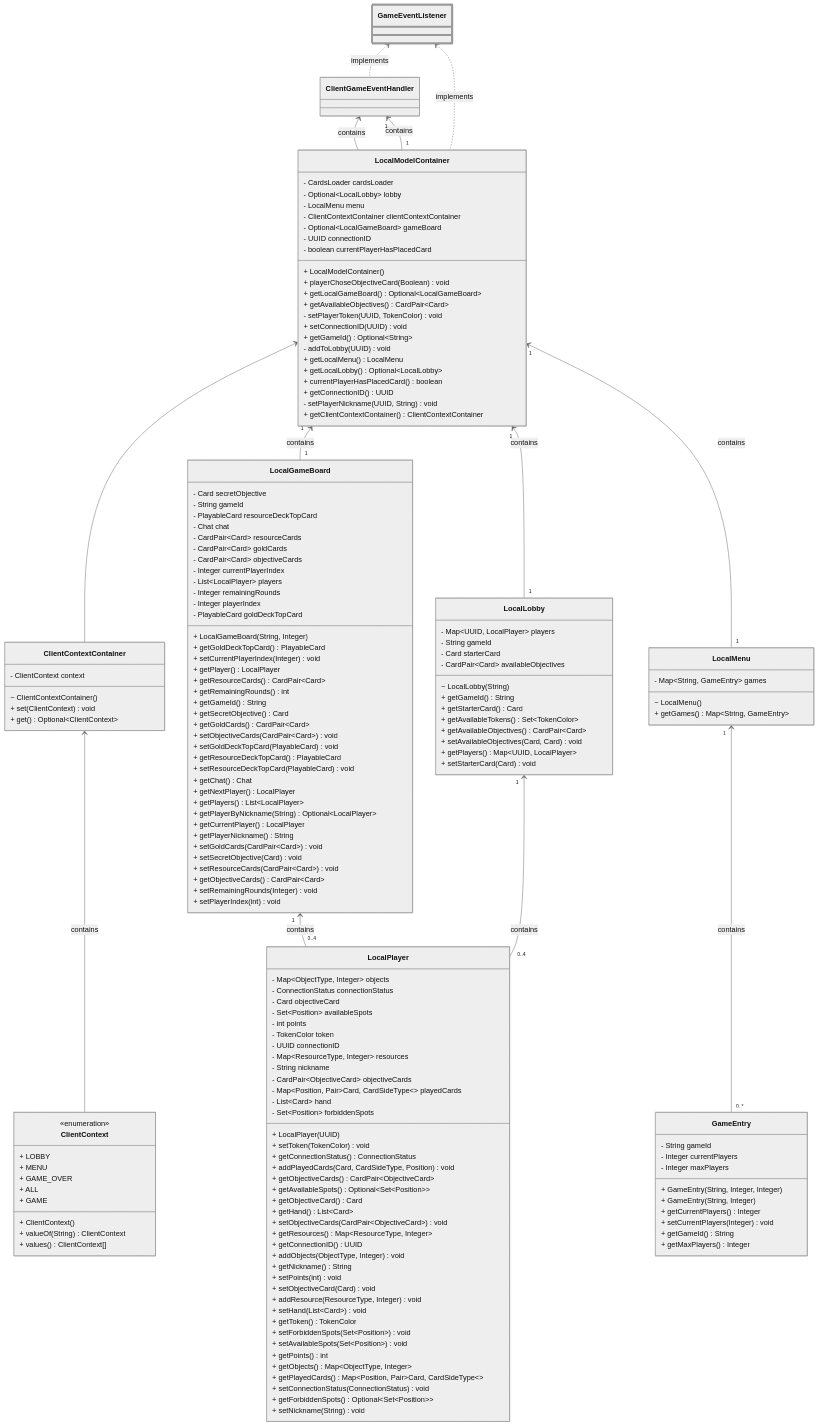
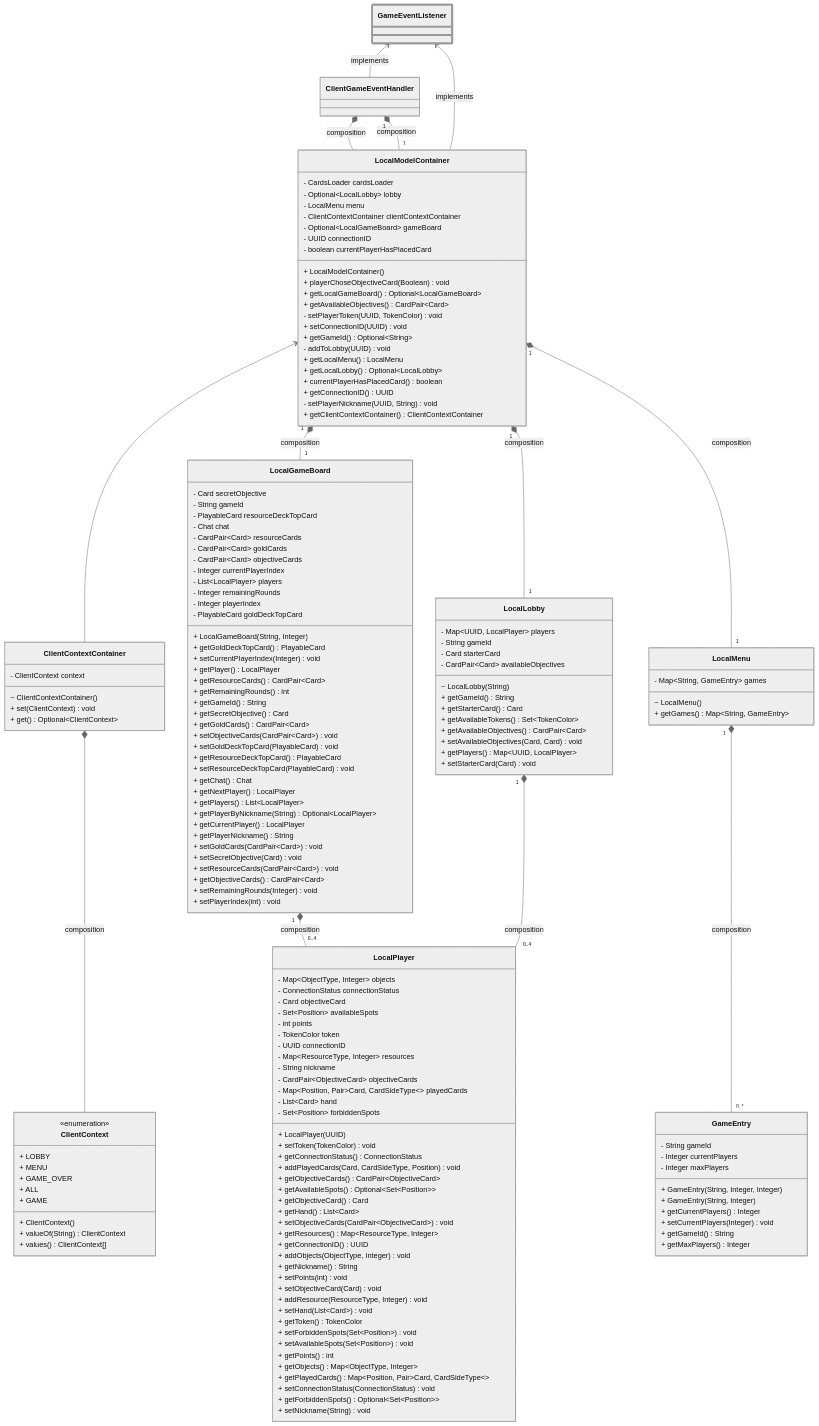
The first of 2 diagrams in documentation_wip/uml class diagrams final/uml_client_model_and_view.md (frephs/IS24-AM21), drawn with Mermaid (neutral theme) before and after one commit. The commit also changed 3 other files, not shown here.

````diff
--- a/documentation_wip/uml class diagrams final/uml_client_model_and_view.md
+++ b/documentation_wip/uml class diagrams final/uml_client_model_and_view.md
@@ -31,9 +31,9 @@
   + getClientContextContainer() ClientContextContainer
 }
 
-ClientGameEventHandler <-- LocalModelContainer : contains
-GameEventListener <.. ClientGameEventHandler : implements
-GameEventListener <.. LocalModelContainer : implements
+ClientGameEventHandler *-- LocalModelContainer : composition
+GameEventListener <-- ClientGameEventHandler : implements
+GameEventListener <-- LocalModelContainer : implements
 
 style GameEventListener stroke:#ff,stroke-width:4px
 
@@ -57,10 +57,10 @@
 
 class ClientGameEventHandler 
 
-  ClientGameEventHandler "1" <-- "1" LocalModelContainer : contains
+  ClientGameEventHandler "1" *-- "1" LocalModelContainer : composition
 
   LocalModelContainer <-- ClientContextContainer  
-    ClientContextContainer <-- ClientContext : contains
+    ClientContextContainer *-- ClientContext : composition
 
   class GameEntry {
   + GameEntry(String, Integer, Integer) 
@@ -174,10 +174,10 @@
 }
 
 
- LocalModelContainer "1" <-- "1" LocalGameBoard : contains
-  LocalModelContainer "1" <-- "1" LocalLobby : contains
-  LocalModelContainer "1" <-- "1" LocalMenu : contains
-  LocalMenu "1" <-- "0..*" GameEntry : contains 
-  LocalGameBoard "1" <-- "0..4" LocalPlayer : contains
-  LocalLobby "1" <-- "0..4" LocalPlayer : contains
+ LocalModelContainer "1" *-- "1" LocalGameBoard : composition
+  LocalModelContainer "1" *-- "1" LocalLobby : composition
+  LocalModelContainer "1" *-- "1" LocalMenu : composition
+  LocalMenu "1" *-- "0..*" GameEntry : composition 
+  LocalGameBoard "1" *-- "0..4" LocalPlayer : composition
+  LocalLobby "1" *-- "0..4" LocalPlayer : composition
 ```
````
